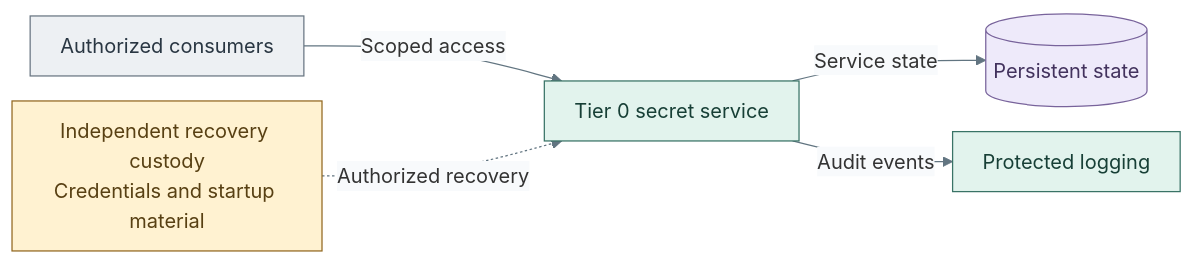
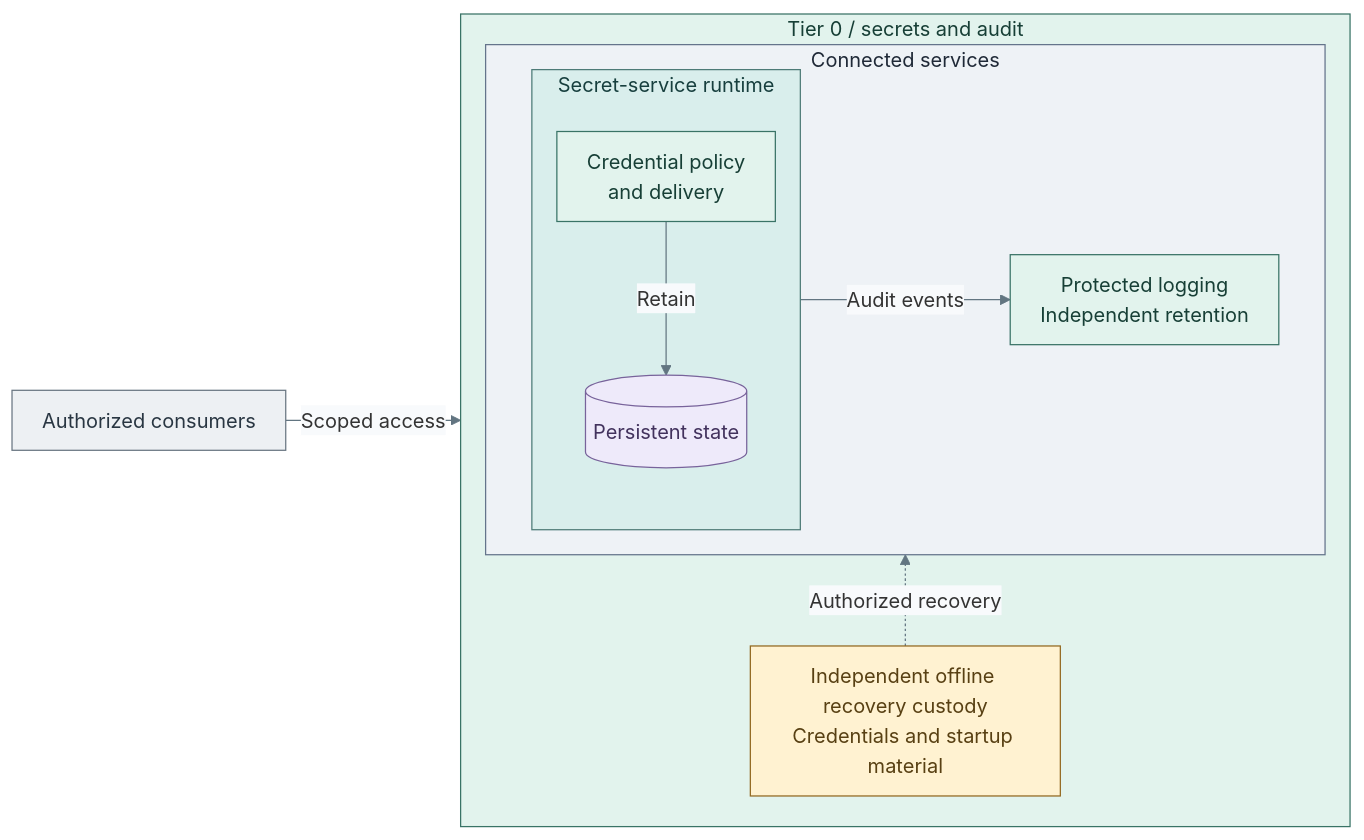
The diagram in docs/01-architecture/08-cryptography/08-secrets.md (Rexus/homelab), drawn with Mermaid before and after one commit. The commit also changed other lines of this file and 279 other files, not shown here.

````diff
--- a/docs/01-architecture/08-cryptography/08-secrets.md
+++ b/docs/01-architecture/08-cryptography/08-secrets.md
@@ -7,17 +8,34 @@
 ```mermaid
 %%{init: {"theme":"base","flowchart":{"nodeSpacing":20,"rankSpacing":24,"padding":12},"themeVariables":{"lineColor":"#627581","edgeLabelBackground":"#f8fafc"}}}%%
 flowchart LR
-  Consumers["Authorized consumers"] -->|"Scoped access"| Service["Tier 0 secret service"]
-  Service -->|"Service state"| State[("Persistent state")]
-  Service -->|"Audit events"| Logs["Protected logging"]
-  Recovery["Independent recovery custody<br/>Credentials and startup material"] -.->|"Authorized recovery"| Service
+  Consumers["Authorized consumers"] -->|"Scoped access"| Runtime
+  subgraph T0["Tier 0 / secrets and audit"]
+    direction BT
+    Recovery["Independent offline recovery custody<br/>Credentials and startup material"]
+    subgraph Connected["Connected services"]
+      direction LR
+      subgraph Runtime["Secret-service runtime"]
+        direction TB
+        Service["Credential policy<br/>and delivery"]
+        State[("Persistent state")]
+        Service -->|Retain| State
+      end
+      Logs["Protected logging<br/>Independent retention"]
+      Runtime -->|Audit events| Logs
+    end
+    Recovery -. Authorized recovery .-> Runtime
+  end
   classDef default fill:#f8fafc,stroke:#64748b,color:#1f2937
   classDef actor fill:#edf0f3,stroke:#697682,color:#293642
   classDef control fill:#e2f3ed,stroke:#397366,color:#173f36
   classDef data fill:#eeeafa,stroke:#78639b,color:#42325d
   classDef custody fill:#fff2d1,stroke:#926820,color:#584013
+  classDef boundary fill:#eef2f6,stroke:#64748b,color:#1f2937
+  classDef runtime fill:#d9eeec,stroke:#4d7b77,color:#173f3e
   class Consumers actor
-  class Service,Logs control
+  class T0,Service,Logs control
+  class Connected boundary
+  class Runtime runtime
   class State data
   class Recovery custody
 ```
````
